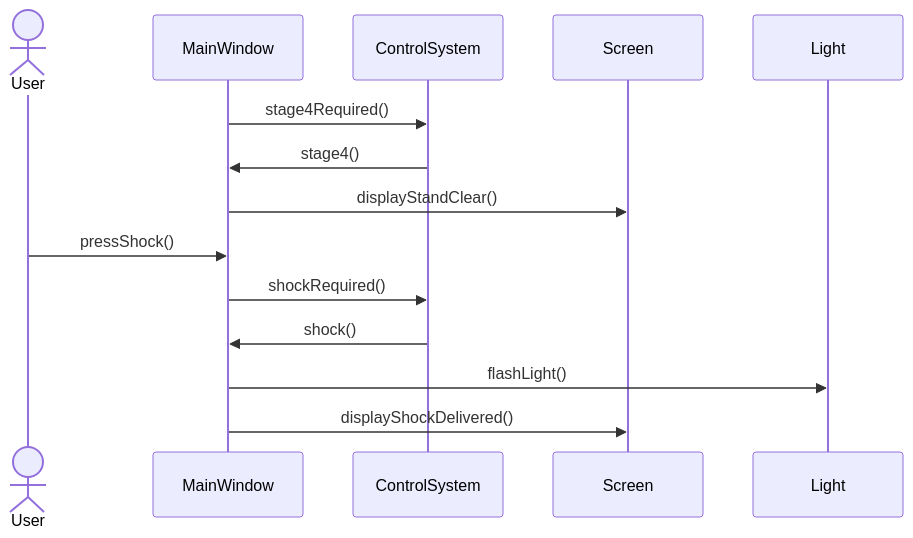
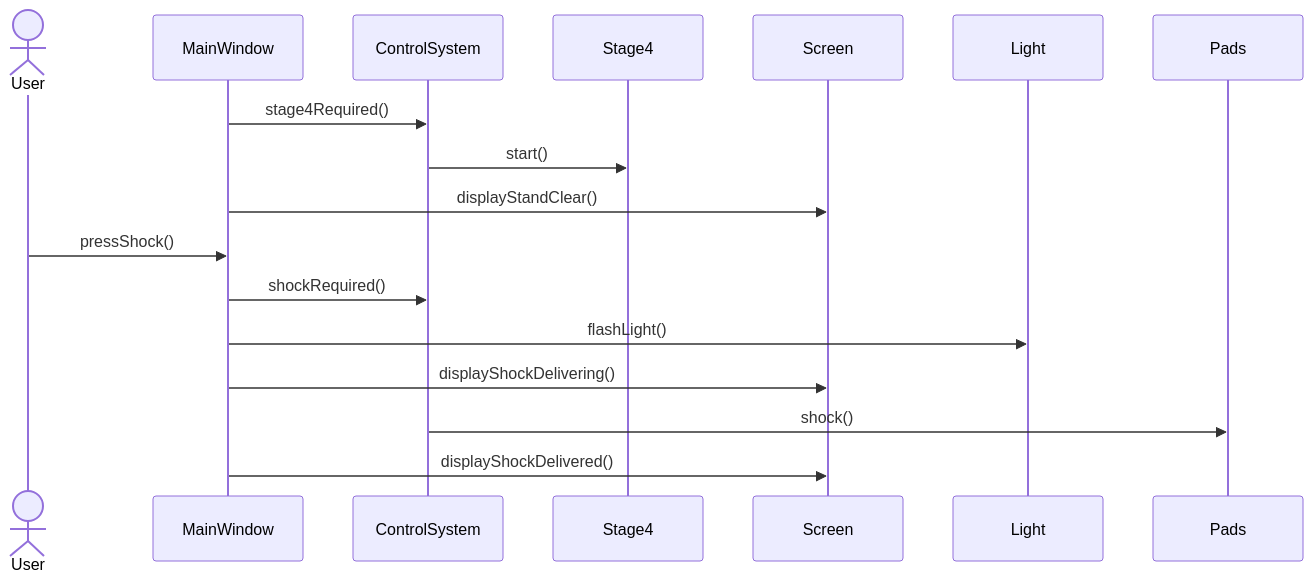
Before and after one commit to SaturnOperator/AED-System: the fourth of 7 diagrams in README.md, drawn with Mermaid. The commit also changed other lines of this file, not shown here.

````diff
--- a/README.md
+++ b/README.md
@@ -99,16 +92,13 @@
 ```mermaid
 sequenceDiagram
 actor User
-participant MainWindow
-participant ControlSystem
-participant Screen
-participant Light
     MainWindow->>ControlSystem: stage4Required()
-    ControlSystem->>MainWindow: stage4()
+    ControlSystem->>Stage4: start()
     MainWindow->>Screen: displayStandClear()
     User->>MainWindow: pressShock()
     MainWindow->>ControlSystem: shockRequired()
-    ControlSystem->>MainWindow: shock()
     MainWindow->>Light: flashLight()
+    MainWindow->>Screen: displayShockDelivering()
+    ControlSystem->>Pads: shock()
     MainWindow->>Screen: displayShockDelivered()
 ```
````
